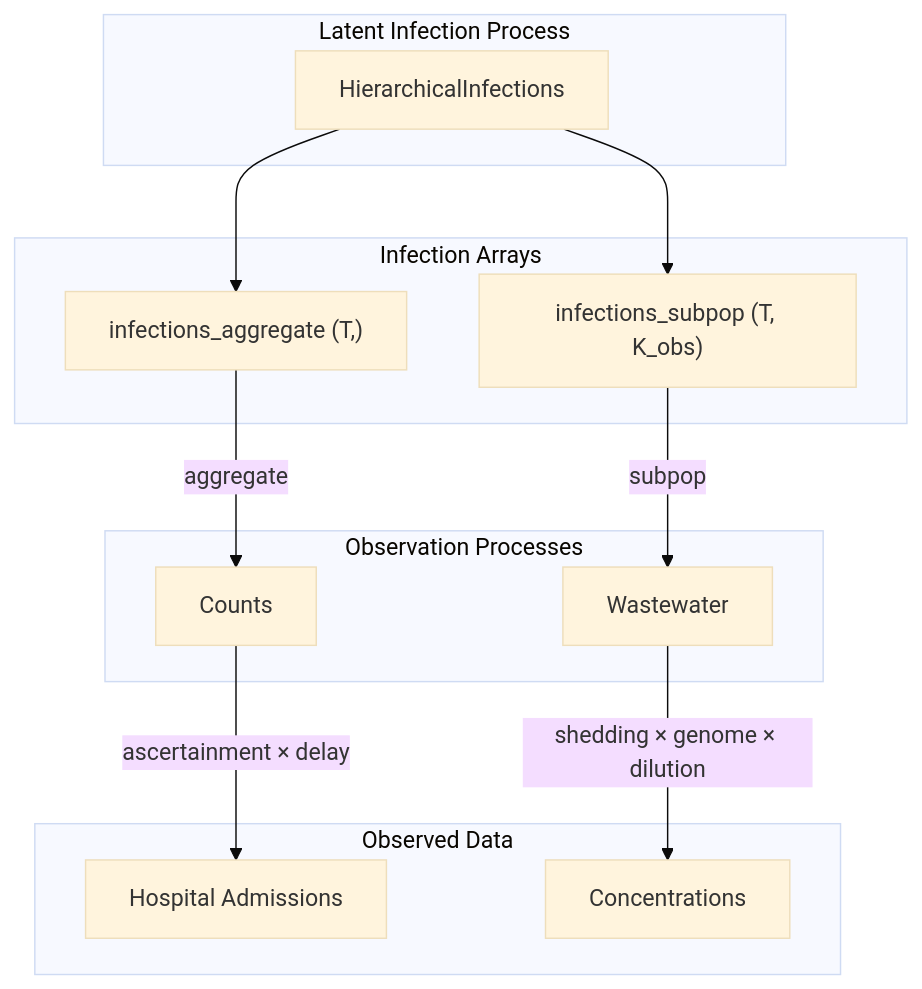
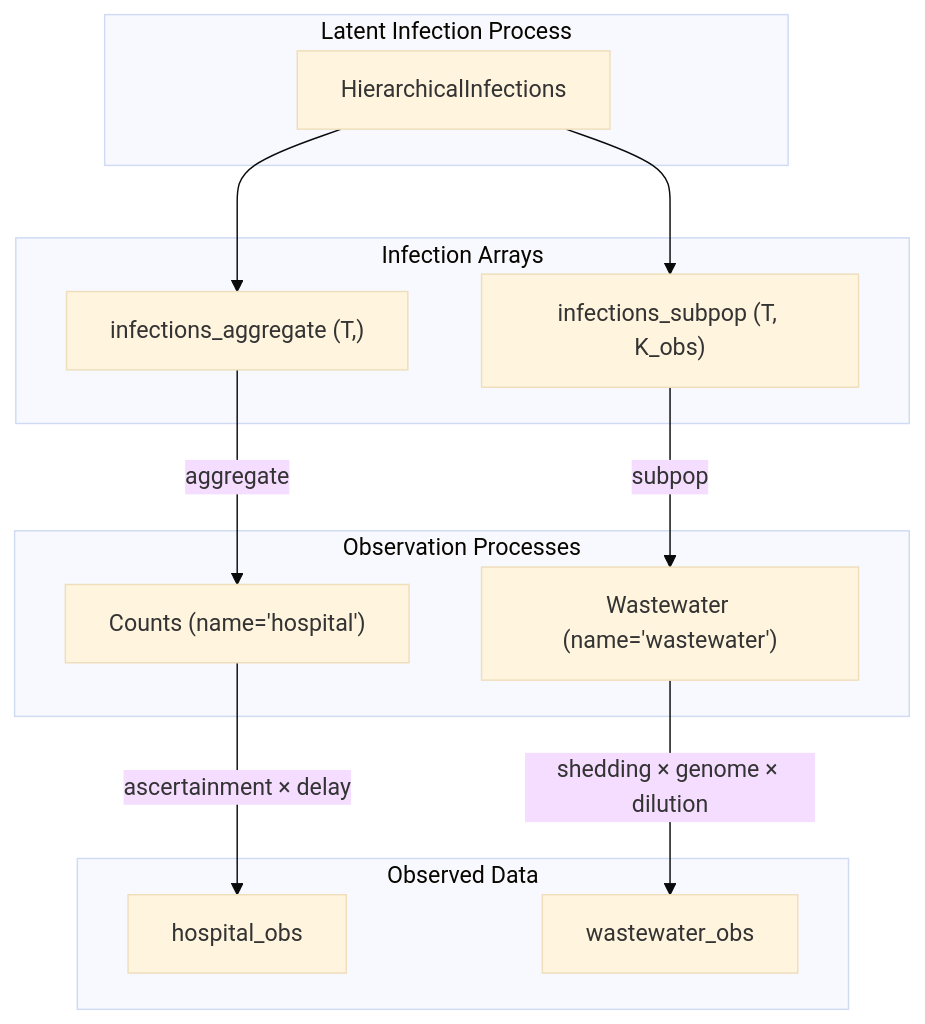
Before and after one commit to CDCgov/PyRenew: the diagram in docs/tutorials/building_multisignal_models.qmd, drawn with Mermaid (base theme). The commit also changed other lines of this file and 5 other files, not shown here.

````diff
--- a/docs/tutorials/building_multisignal_models.qmd
+++ b/docs/tutorials/building_multisignal_models.qmd
@@ -132,29 +132,29 @@
 ```mermaid
 flowchart TB
 
     subgraph Latent["Latent Infection Process"]
         L[HierarchicalInfections]
     end
 
     subgraph Infections["Infection Arrays"]
         J["infections_aggregate (T,)"]
         S["infections_subpop (T, K_obs)"]
     end
 
     subgraph Obs["Observation Processes"]
-        C[Counts]
-        W[Wastewater]
+        C["Counts (name='hospital')"]
+        W["Wastewater (name='wastewater')"]
     end
 
     subgraph Data["Observed Data"]
-        HA[Hospital Admissions]
-        WW[Concentrations]
+        HA["hospital_obs"]
+        WW["wastewater_obs"]
     end
 
     L --> J
     L --> S
     J -->|"aggregate"| C
     S -->|"subpop"| W
     C -->|"ascertainment × delay"| HA
     W -->|"shedding × genome × dilution"| WW
 ```
````
